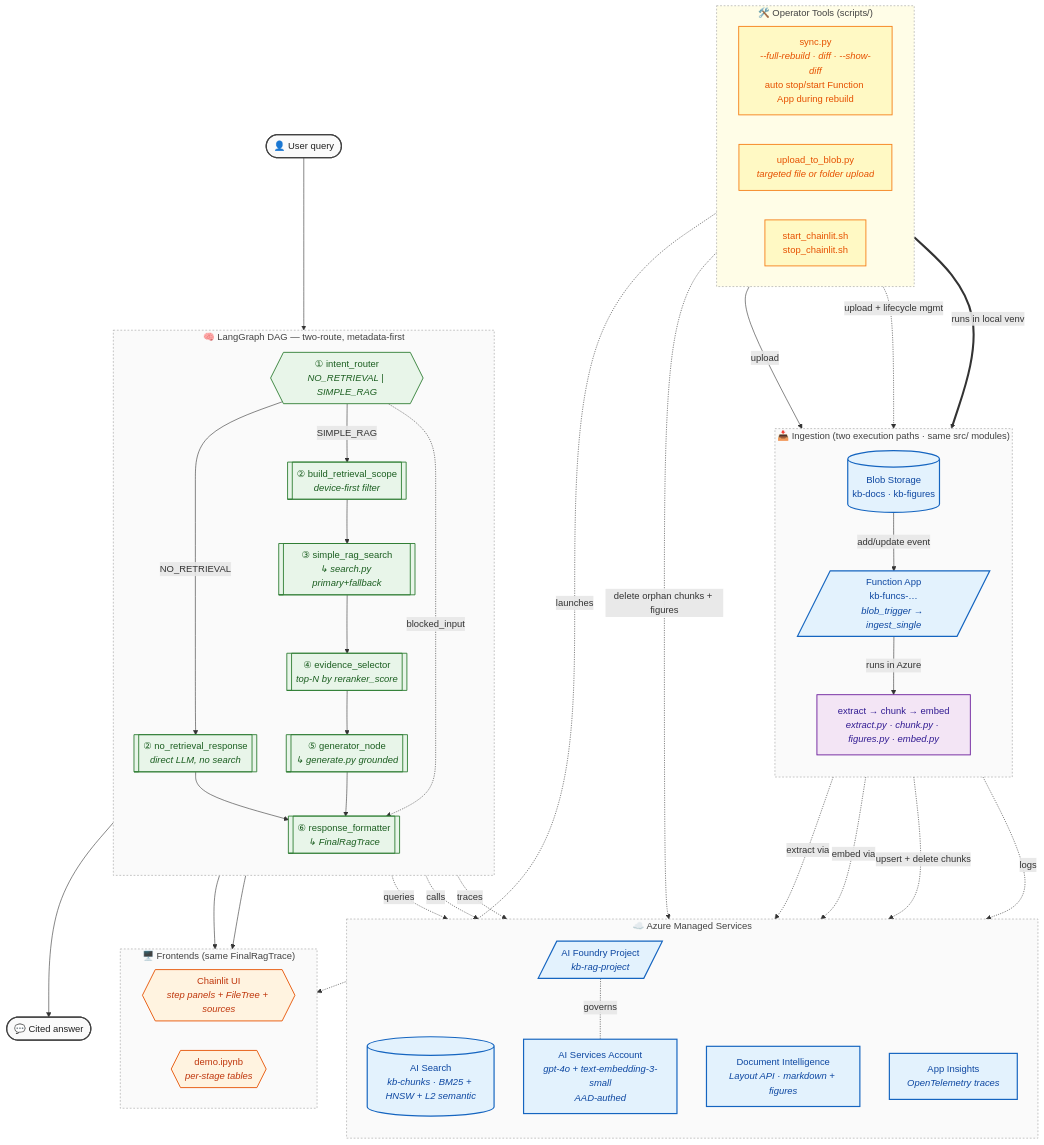
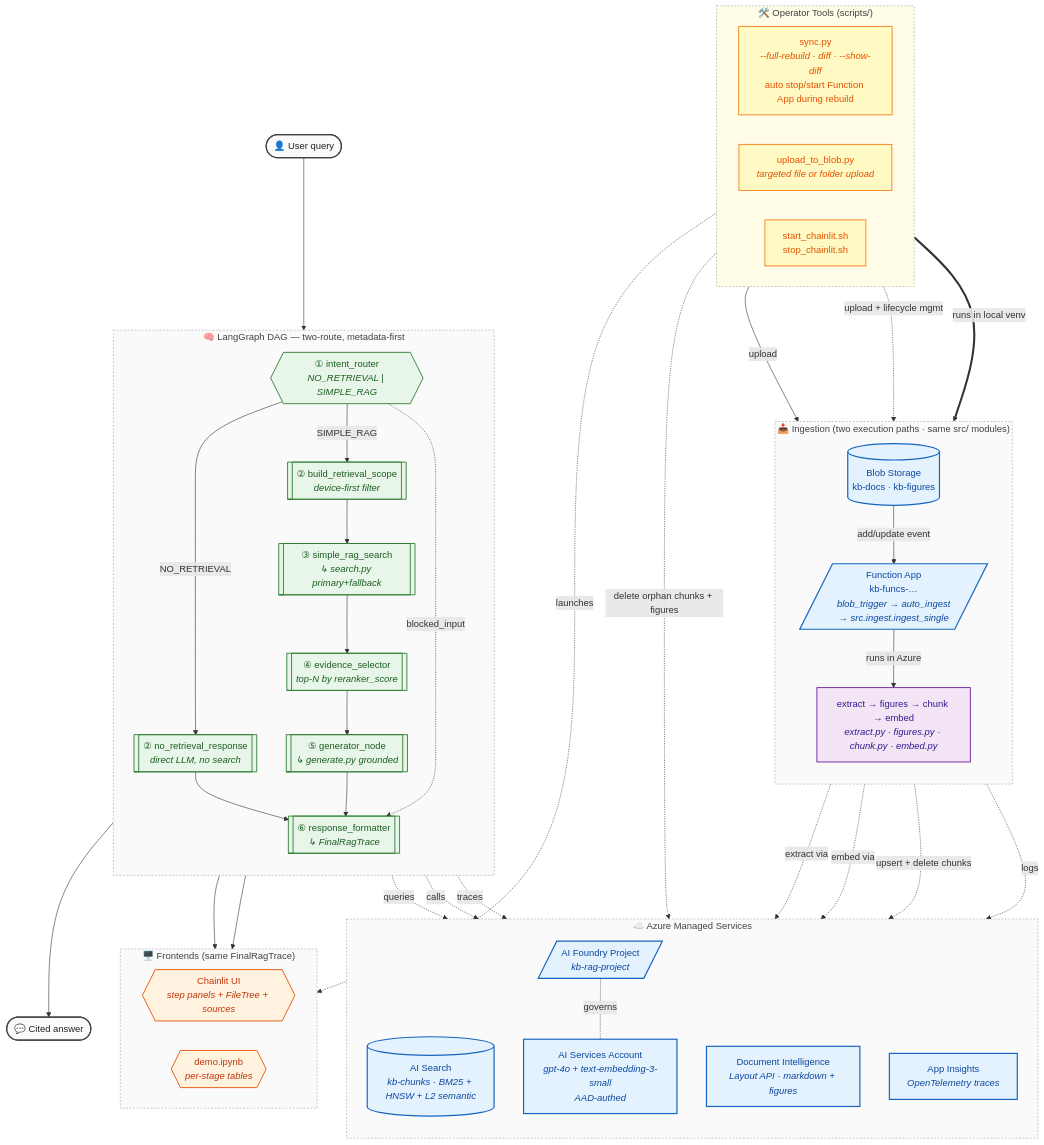
Before and after one commit to yybrother989/azure-rag-assignment: the diagram in README.md, drawn with Mermaid.

Commit message:
docs: fix Architecture diagram drifts (auto_ingest + figures stage order)
Two corrections to the Mermaid Architecture diagram:

- Function App entry: blob_trigger → auto_ingest → src.ingest.ingest_single.
  The decorated handler is auto_ingest in infra/functions/function_app.py:54;
  it delegates to src.ingest.ingest_single. Previously the diagram skipped
  the auto_ingest layer.

- Pipeline order: extract → figures → chunk → embed (was extract → chunk →
  embed). figures runs between extract and chunk in src/ingest.py:158-171
  and mutates extracted.markdown via splice_captions_into_markdown — caption
  text ends up inside chunked content, so figures is on the critical path,
  not a side-pipeline. Module list reordered to match.

```diff
--- a/README.md
+++ b/README.md
@@ -30,8 +30,8 @@
     subgraph INGEST [" 📥 Ingestion (two execution paths · same src/ modules)"]
         direction TB
         blob[("Blob Storage<br/>kb-docs · kb-figures")]:::azure
-        funcApp[/"Function App<br/>kb-funcs-…<br/><i>blob_trigger → ingest_single</i>"/]:::azure
-        pipeline["extract → chunk → embed<br/><i>extract.py · chunk.py · figures.py · embed.py</i>"]:::code
+        funcApp[/"Function App<br/>kb-funcs-…<br/><i>blob_trigger → auto_ingest<br/>→ src.ingest.ingest_single</i>"/]:::azure
+        pipeline["extract → figures → chunk → embed<br/><i>extract.py · figures.py · chunk.py · embed.py</i>"]:::code
         blob -- "add/update event" --> funcApp
         funcApp -- "runs in Azure" --> pipeline
     end
```
